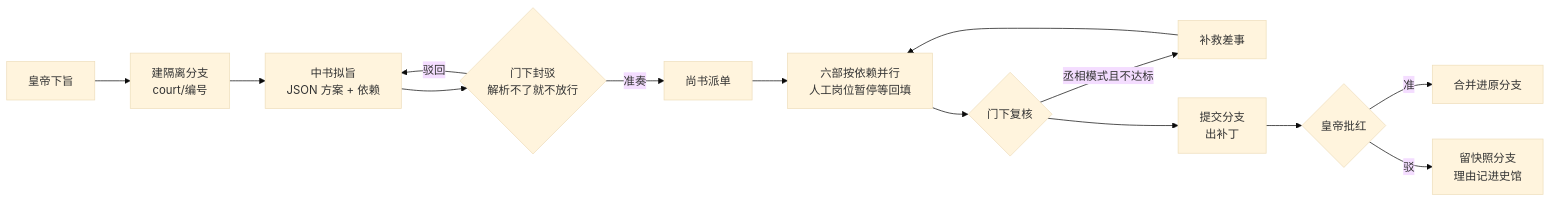
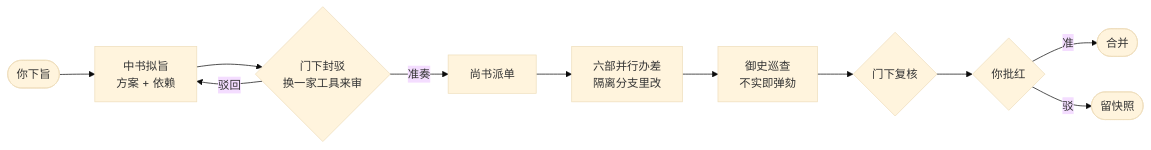
Before and after one commit to shilaoban666/dsh-imperial-court: the diagram in README.md, drawn with Mermaid (base theme). The commit also changed other lines of this file and 15 other files, not shown here.

````diff
--- a/README.md
+++ b/README.md
@@ -197,15 +110,13 @@
 ```mermaid
 flowchart LR
-  E[皇帝下旨] --> W[建隔离分支<br/>court/编号]
-  W --> Z[中书拟旨<br/>JSON 方案 + 依赖]
-  Z --> M{门下封驳<br/>解析不了就不放行}
+  E([你下旨]) --> Z[中书拟旨<br/>方案 + 依赖]
+  Z --> M{门下封驳<br/>换一家工具来审}
   M -- 驳回 --> Z
   M -- 准奏 --> S[尚书派单]
-  S --> L[六部按依赖并行<br/>人工岗位暂停等回填]
-  L --> R{门下复核}
-  R -- 丞相模式且不达标 --> F[补救差事] --> L
-  R --> C[提交分支<br/>出补丁]
-  C --> A{皇帝批红}
-  A -- 准 --> G[合并进原分支]
-  A -- 驳 --> X[留快照分支<br/>理由记进史馆]
+  S --> L[六部并行办差<br/>隔离分支里改]
+  L --> Y[御史巡查<br/>不实即弹劾]
+  Y --> R{门下复核}
+  R --> A{你批红}
+  A -- 准 --> G([合并])
+  A -- 驳 --> X([留快照])
 ```
````
